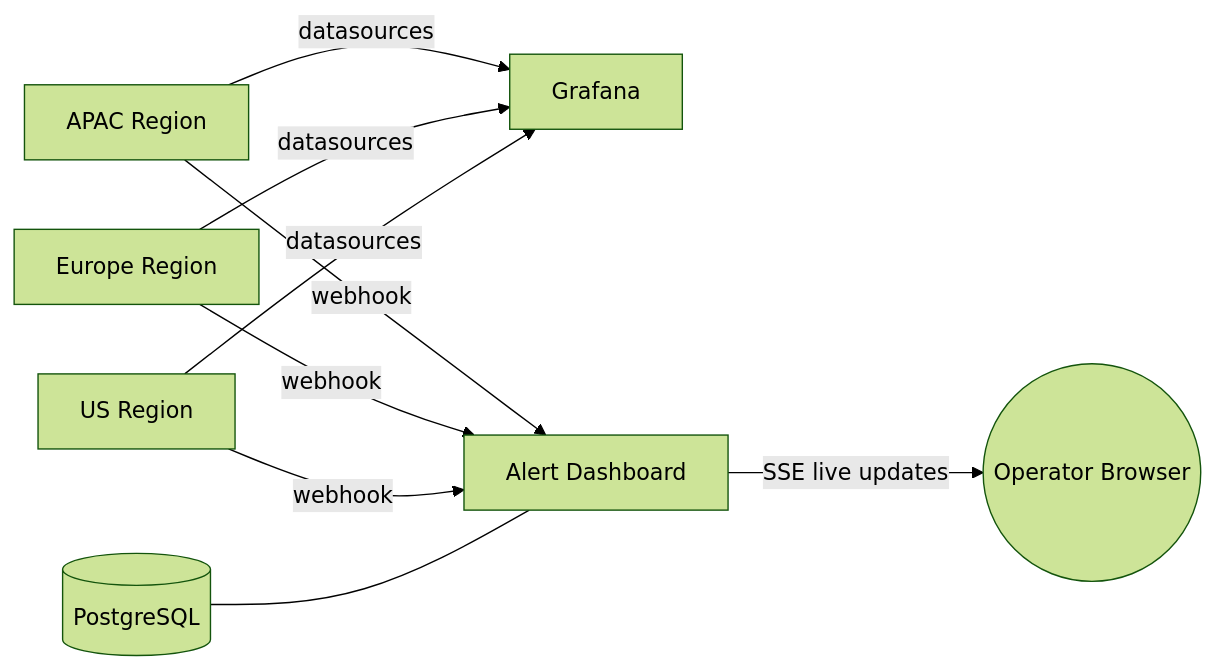
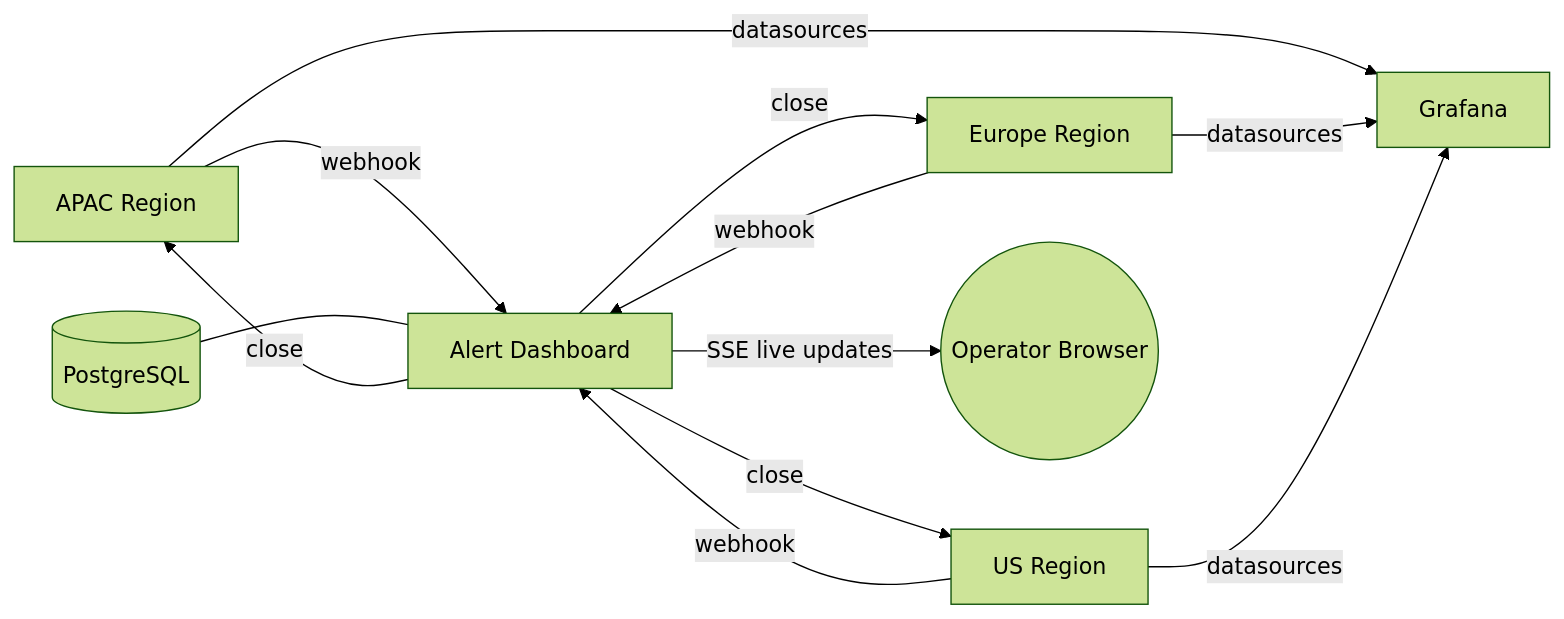
Before and after one commit to goodtune/metrics-playground: the second of 2 diagrams in README.md, drawn with Mermaid (forest theme). The commit also changed other lines of this file, not shown here.

Commit message:
docs: add close relay to architecture diagrams

````diff
--- a/README.md
+++ b/README.md
@@ -29,11 +30,14 @@
 ```mermaid
 flowchart LR
   APAC[APAC Region] -->|datasources| G[Grafana]
   EU[Europe Region] -->|datasources| G
   US[US Region] -->|datasources| G
   APAC -->|webhook| AD[Alert Dashboard]
   EU -->|webhook| AD
   US -->|webhook| AD
   DB[(PostgreSQL)] --- AD
   AD -->|SSE live updates| Browser((Operator Browser))
+  AD -->|close| APAC
+  AD -->|close| EU
+  AD -->|close| US
 ```
````
